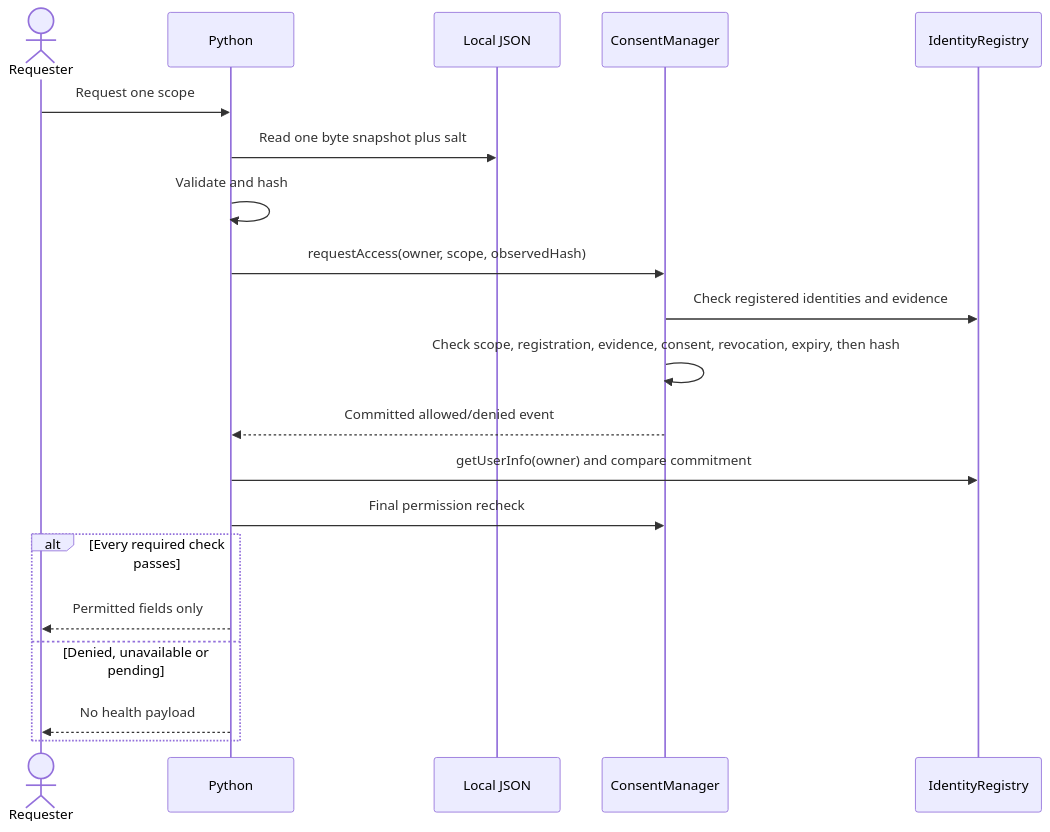
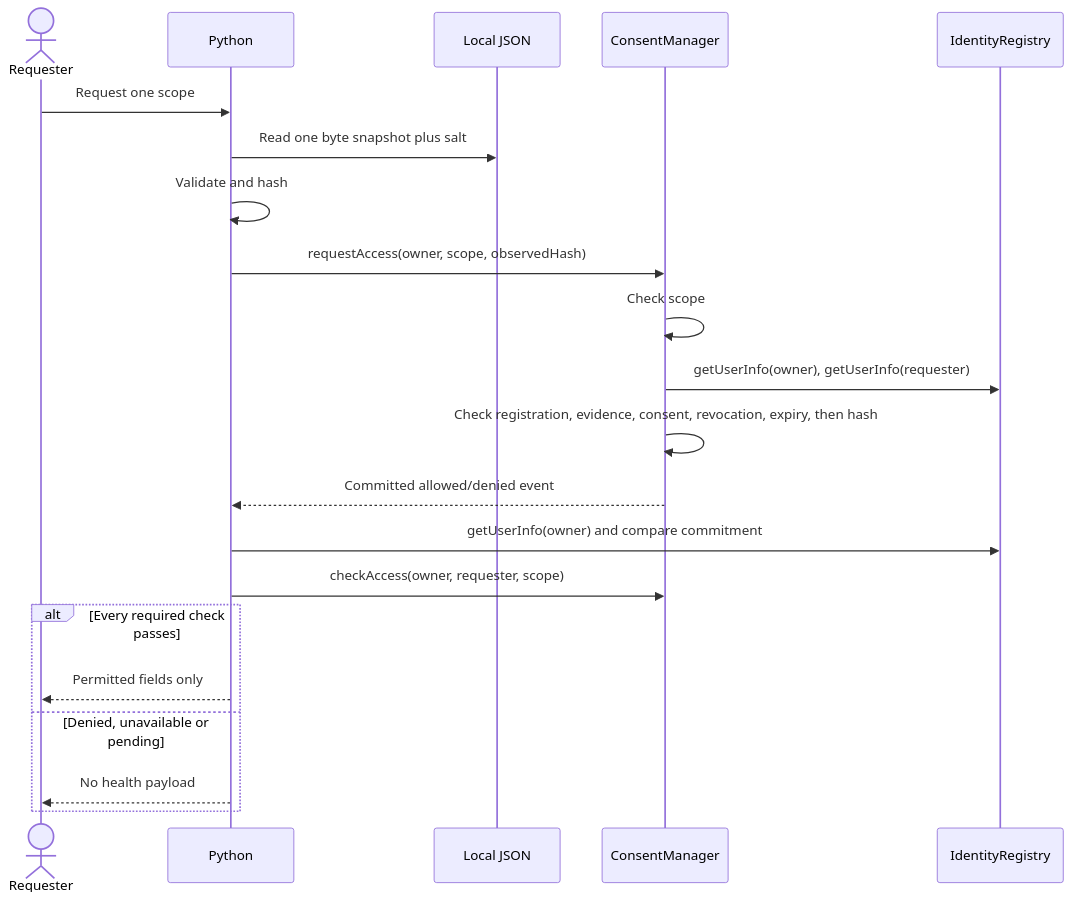
One commit to Rasto712/blockchains_vaccination_project changed the second of 2 diagrams in docs/ARCHITECTURE.md. Above: the diagram before and after it, drawn with Mermaid. The commit also changed other lines of this file and 8 other files, not shown here.

````diff
--- a/docs/ARCHITECTURE.md
+++ b/docs/ARCHITECTURE.md
@@ -26,22 +43,23 @@
 ```mermaid
 sequenceDiagram
     actor Requester
     participant Python
     participant JSON as Local JSON
     participant Manager as ConsentManager
     participant Registry as IdentityRegistry
     Requester->>Python: Request one scope
     Python->>JSON: Read one byte snapshot plus salt
     Python->>Python: Validate and hash
     Python->>Manager: requestAccess(owner, scope, observedHash)
-    Manager->>Registry: Check registered identities and evidence
-    Manager->>Manager: Check scope, registration, evidence, consent, revocation, expiry, then hash
+    Manager->>Manager: Check scope
+    Manager->>Registry: getUserInfo(owner), getUserInfo(requester)
+    Manager->>Manager: Check registration, evidence, consent, revocation, expiry, then hash
     Manager-->>Python: Committed allowed/denied event
     Python->>Registry: getUserInfo(owner) and compare commitment
-    Python->>Manager: Final permission recheck
+    Python->>Manager: checkAccess(owner, requester, scope)
     alt Every required check passes
         Python-->>Requester: Permitted fields only
     else Denied, unavailable or pending
         Python-->>Requester: No health payload
     end
 ```
````
